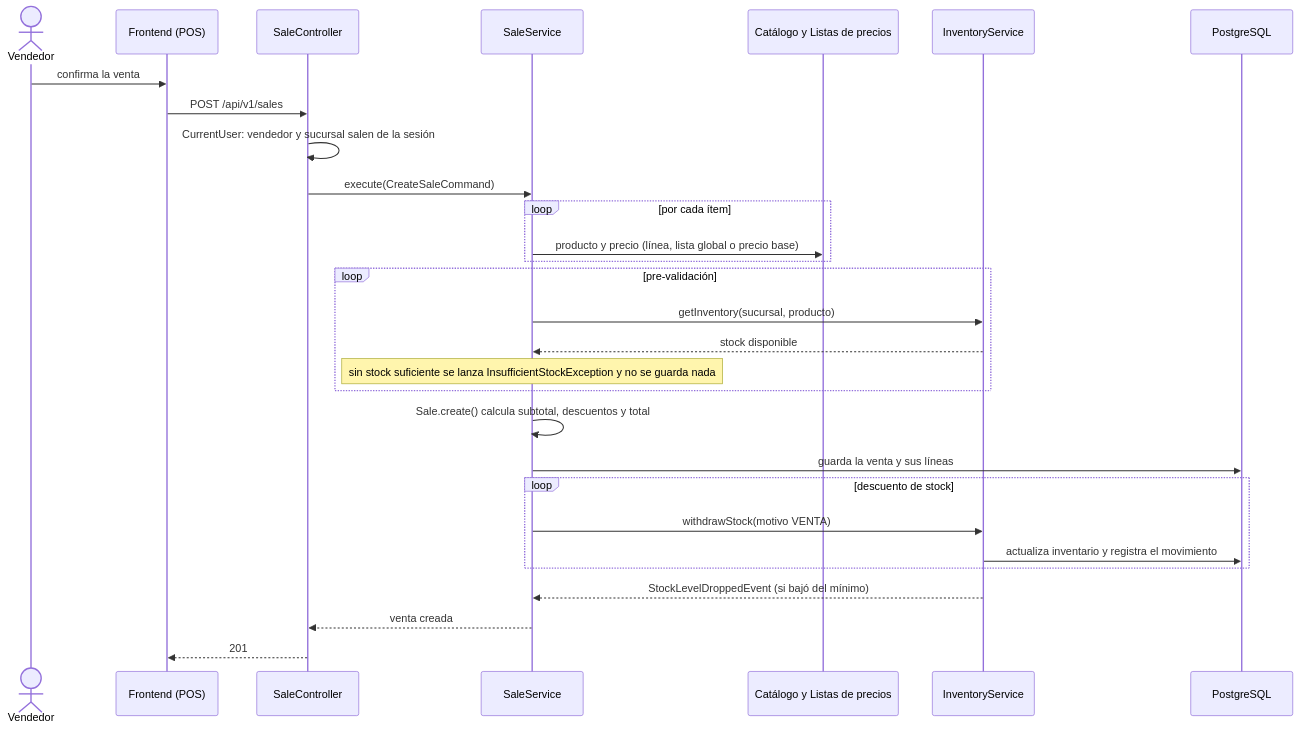
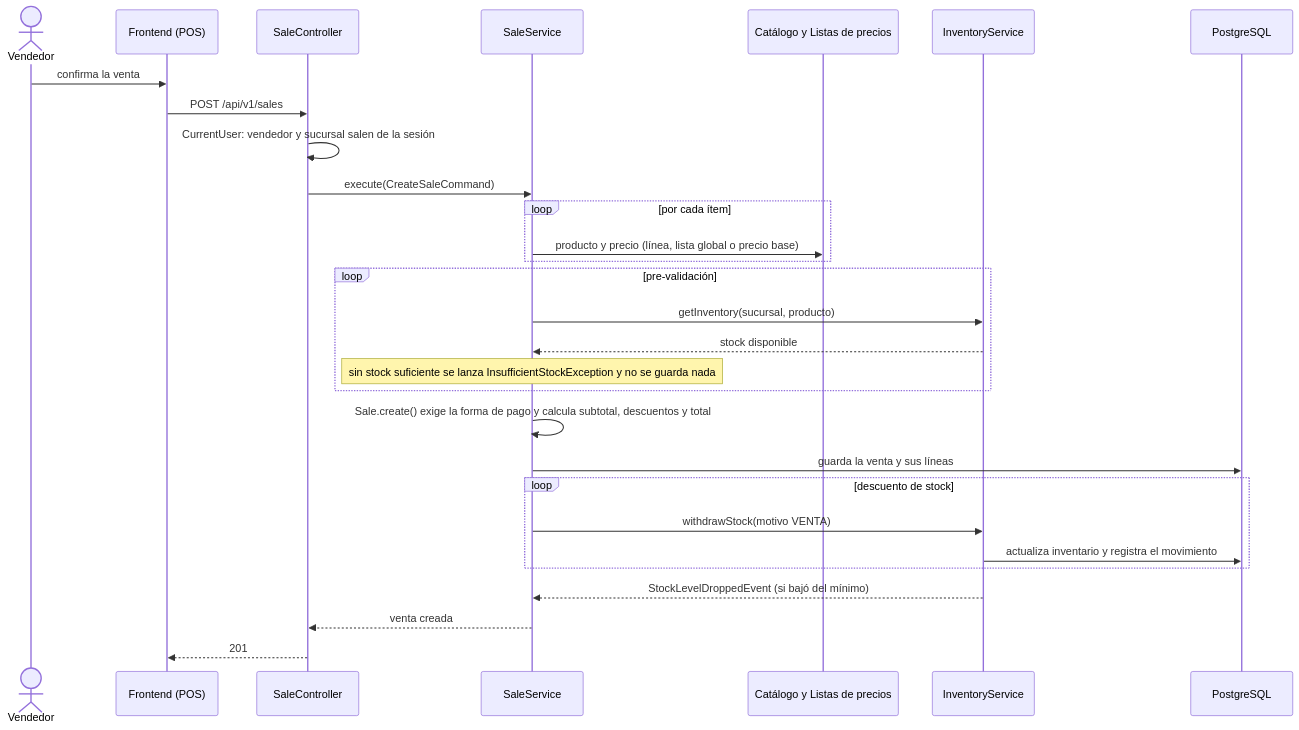
Diagram 11 of 13 in documentacion_tecnica.md (BrandonBrandon-alt/Zen-Inventory), drawn with Mermaid before and after one commit. The commit also changed other lines of this file and 43 other files, not shown here.

First line of the commit message:
feat(ventas): forma de pago obligatoria, filtro, factura y cierre de caja por forma de pago

````diff
--- a/documentacion_tecnica.md
+++ b/documentacion_tecnica.md
@@ -489,31 +501,31 @@
 ```mermaid
 sequenceDiagram
     actor V as Vendedor
     participant F as Frontend (POS)
     participant C as SaleController
     participant S as SaleService
     participant P as Catálogo y Listas de precios
     participant I as InventoryService
     participant DB as PostgreSQL
     V->>F: confirma la venta
     F->>C: POST /api/v1/sales
     C->>C: CurrentUser: vendedor y sucursal salen de la sesión
     C->>S: execute(CreateSaleCommand)
     loop por cada ítem
         S->>P: producto y precio (línea, lista global o precio base)
     end
     loop pre-validación
         S->>I: getInventory(sucursal, producto)
         I-->>S: stock disponible
         Note over S: sin stock suficiente se lanza InsufficientStockException y no se guarda nada
     end
-    S->>S: Sale.create() calcula subtotal, descuentos y total
+    S->>S: Sale.create() exige la forma de pago y calcula subtotal, descuentos y total
     S->>DB: guarda la venta y sus líneas
     loop descuento de stock
         S->>I: withdrawStock(motivo VENTA)
         I->>DB: actualiza inventario y registra el movimiento
     end
     I-->>S: StockLevelDroppedEvent (si bajó del mínimo)
     S-->>C: venta creada
     C-->>F: 201
 ```
````
